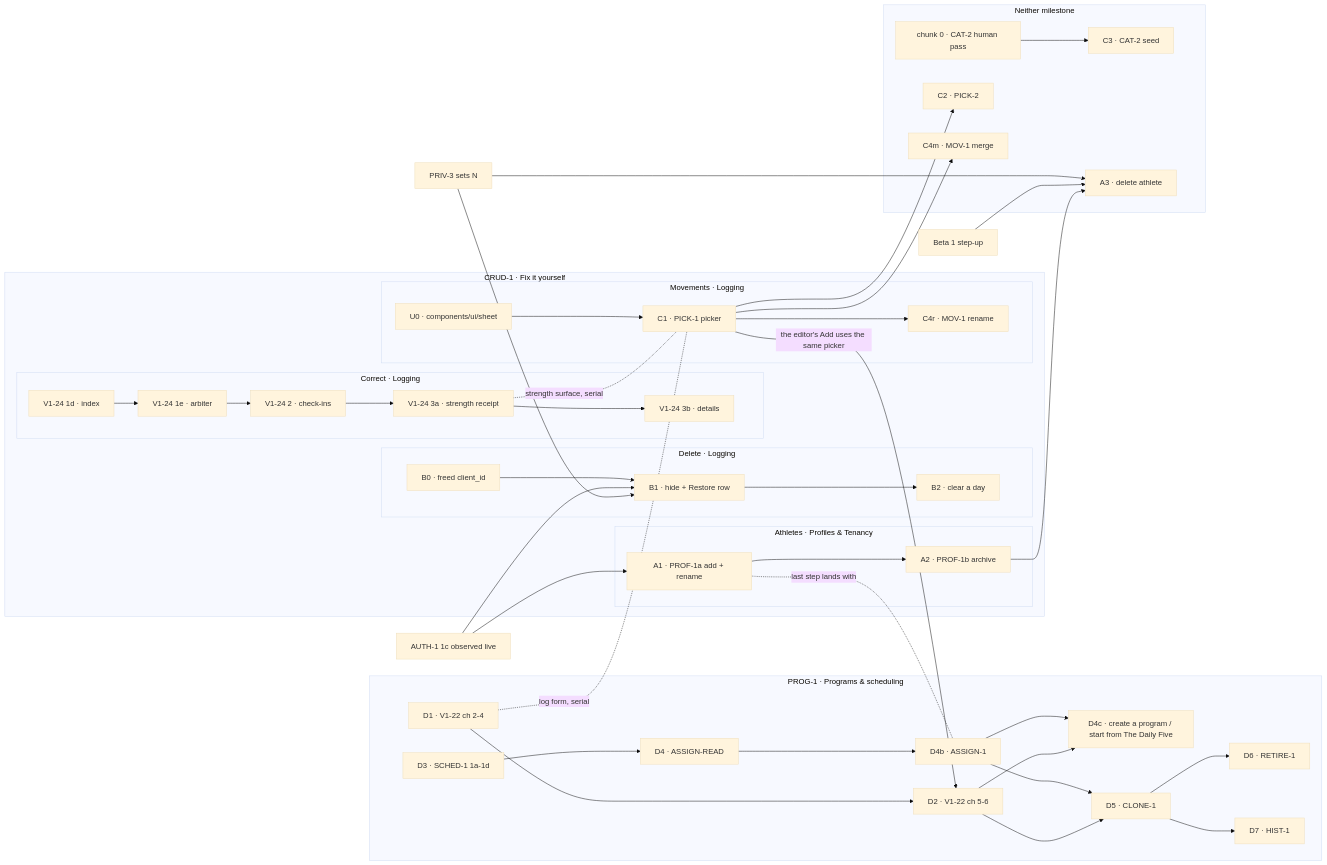
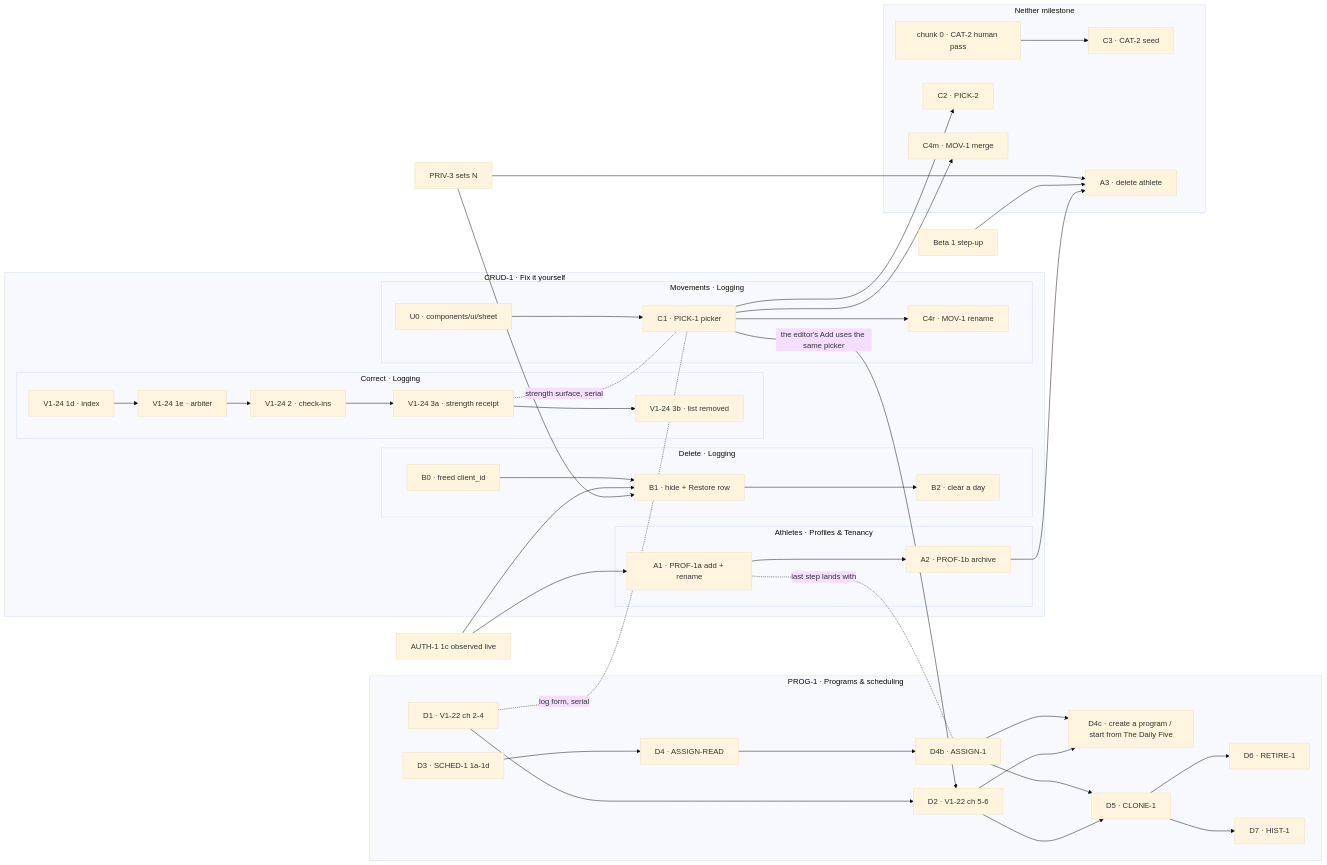
One commit to ralamode/mat-plan changed the diagram in docs/specs/crud-1-fix-it-yourself.md. Above: the diagram before and after it, drawn with Mermaid (base theme). The commit also changed other lines of this file and 1 other file, not shown here.

````diff
--- a/docs/specs/crud-1-fix-it-yourself.md
+++ b/docs/specs/crud-1-fix-it-yourself.md
@@ -84,51 +84,51 @@
 ```mermaid
 flowchart LR
   subgraph CRUD1[CRUD-1 · Fix it yourself]
     subgraph A[Athletes · Profiles & Tenancy]
       P1a[A1 · PROF-1a add + rename] --> P1b[A2 · PROF-1b archive]
     end
     subgraph B[Delete · Logging]
       D0[B0 · freed client_id] --> D1x[B1 · hide + Restore row]
       D1x --> D2x[B2 · clear a day]
     end
     subgraph E[Correct · Logging]
       E1d[V1-24 1d · index] --> E1e[V1-24 1e · arbiter]
       E1e --> E2[V1-24 2 · check-ins]
       E2 --> E3a[V1-24 3a · strength receipt]
-      E3a --> E3b[V1-24 3b · details]
+      E3a --> E3b[V1-24 3b · list removed]
     end
     subgraph C[Movements · Logging]
       U0[U0 · components/ui/sheet] --> K1[C1 · PICK-1 picker]
       K1 --> MVr[C4r · MOV-1 rename]
     end
   end
   subgraph PROG1[PROG-1 · Programs & scheduling]
     V2[D1 · V1-22 ch 2-4] --> V6[D2 · V1-22 ch 5-6]
     S[D3 · SCHED-1 1a-1d] --> AR[D4 · ASSIGN-READ]
     AR --> AS[D4b · ASSIGN-1]
     AS --> NP[D4c · create a program / start from The Daily Five]
     V6 --> NP
     AS --> CL[D5 · CLONE-1]
     V6 --> CL
     CL --> RT[D6 · RETIRE-1]
     CL --> HI[D7 · HIST-1]
   end
   subgraph Later[Neither milestone]
     H[chunk 0 · CAT-2 human pass] --> C3[C3 · CAT-2 seed]
     K2[C2 · PICK-2]
     P1c[A3 · delete athlete]
     MVm[C4m · MOV-1 merge]
   end
   AU[AUTH-1 1c observed live] --> P1a
   AU --> D1x
   PR3[PRIV-3 sets N] --> D1x
   PR3 --> P1c
   STEP[Beta 1 step-up] --> P1c
   P1b --> P1c
   K1 --> K2
   K1 --> MVm
   V2 -. log form, serial .- K1
   E3a -. strength surface, serial .- K1
   K1 -- the editor's Add uses the same picker --> V6
   P1a -. last step lands with .- AS
 ```
````
